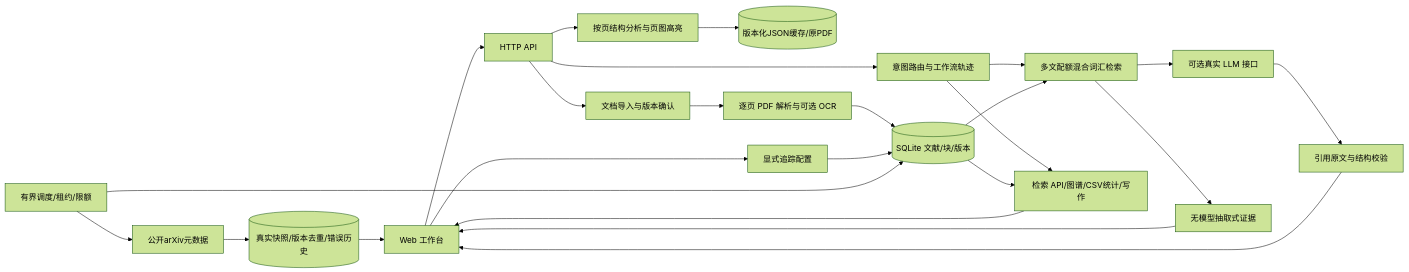
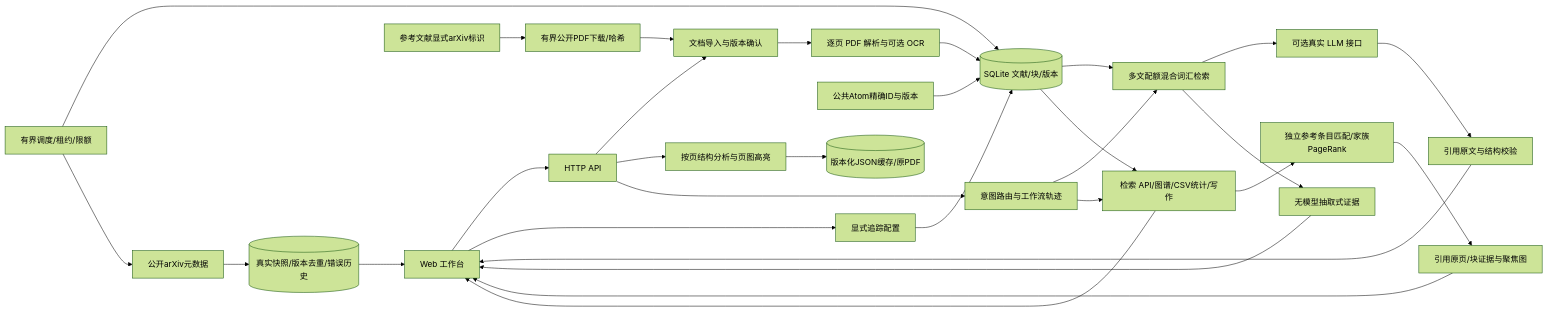
The diagram in docs/system_architecture.md (klqtr/Research-Agent), drawn with Mermaid (forest theme) before and after one commit. The commit also changed 87 other files, not shown here.

Commit message:
Add source-anchored citation graph, bounded tracking evidence and reproducible morning handoff

````diff
--- a/docs/system_architecture.md
+++ b/docs/system_architecture.md
@@ -3,26 +3,32 @@
 ```mermaid
 flowchart LR
  UI[Web 工作台] --> API[HTTP API]
  API --> ING[文档导入与版本确认]
  API --> PAGE[按页结构分析与页图高亮]
  PAGE --> PCACHE[(版本化JSON缓存/原PDF)]
  ING --> PARSE[逐页 PDF 解析与可选 OCR]
  PARSE --> DB[(SQLite 文献/块/版本)]
  API --> AG[意图路由与工作流轨迹]
  AG --> RET[多文配额混合词汇检索]
  DB --> RET
  RET --> LLM[可选真实 LLM 接口]
  LLM --> CHECK[引用原文与结构校验]
  RET --> EX[无模型抽取式证据]
  AG --> TOOLS[检索 API/图谱/CSV统计/写作]
  DB --> TOOLS
+ TOOLS --> CG[独立参考条目匹配/家族PageRank]
+ CG --> ANCHOR[引用原页/块证据与聚焦图]
+ ANCHOR --> UI
+ REF[参考文献显式arXiv标识] --> BOUND[有界公开PDF下载/哈希]
+ BOUND --> ING
+ META[公共Atom精确ID与版本] --> DB
  CHECK --> UI
  EX --> UI
  TOOLS --> UI
  UI --> WATCH[显式追踪配置]
  WATCH --> DB
  SCHED[有界调度/租约/限额] --> DB
  SCHED --> ARXIV[公开arXiv元数据]
  ARXIV --> SNAP[(真实快照/版本去重/错误历史)]
  SNAP --> UI
 ```
````
